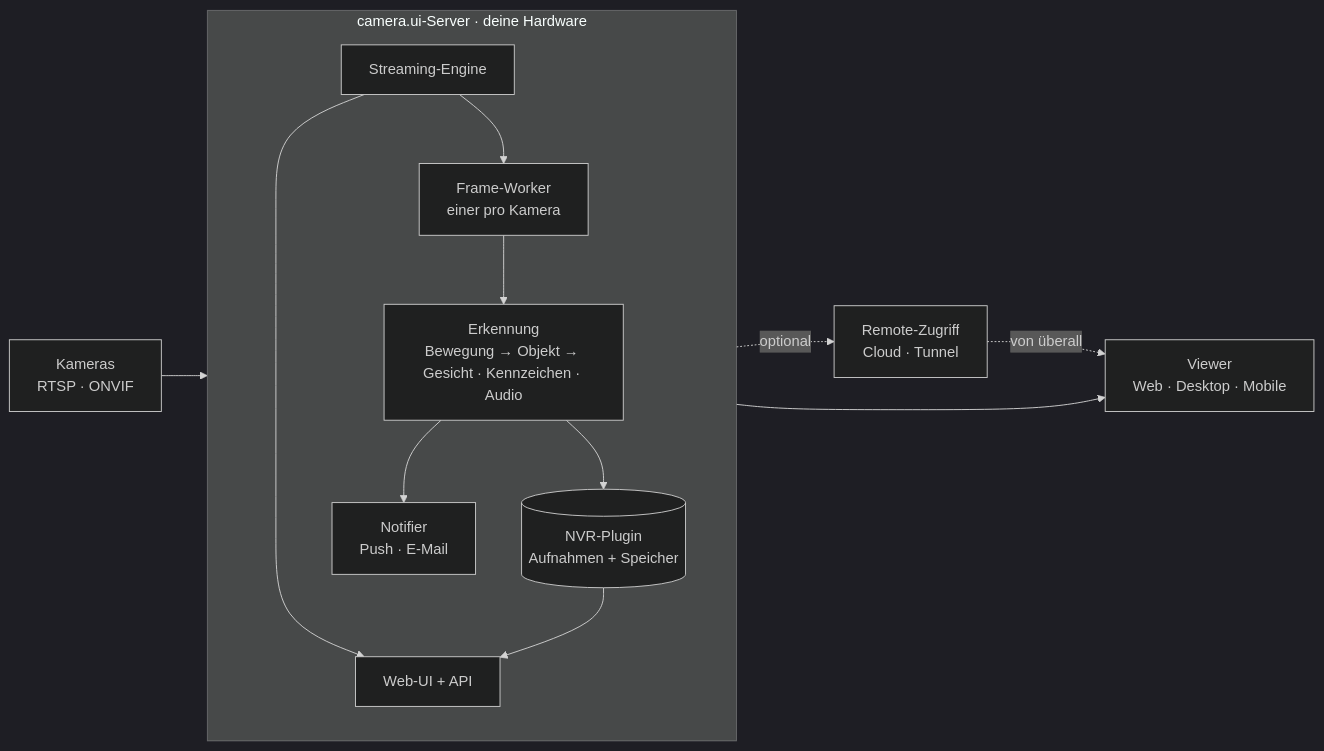
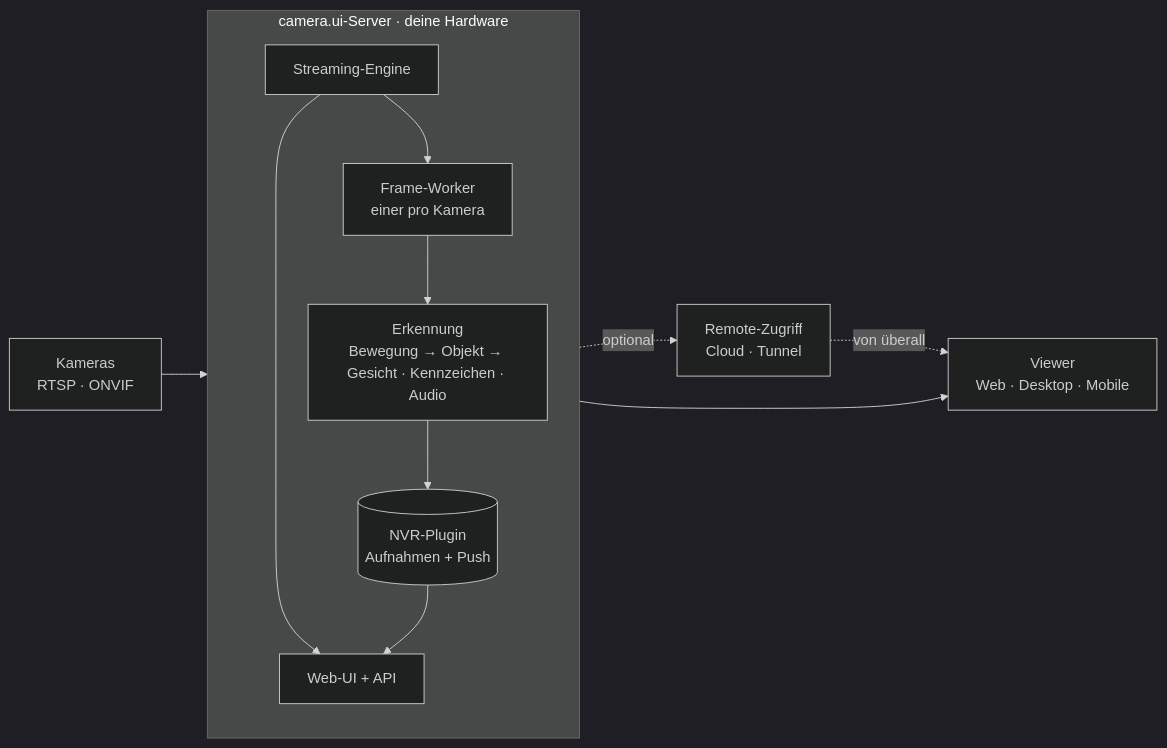
The diagram in de/intro/architecture.md (cameraui/docs), drawn with Mermaid (dark theme) before and after one commit. The commit also changed other lines of this file and 108 other files, not shown here.

````diff
--- a/de/intro/architecture.md
+++ b/de/intro/architecture.md
@@ -15,19 +15,18 @@
 ```mermaid
 flowchart LR
   cam[Kameras<br/>RTSP · ONVIF]
 
   subgraph server[camera.ui-Server · deine Hardware]
     direction TB
     g[Streaming-Engine] --> fw[Frame-Worker<br/>einer pro Kamera]
     fw --> det[Erkennung<br/>Bewegung → Objekt → Gesicht · Kennzeichen · Audio]
-    det --> nvr[(NVR-Plugin<br/>Aufnahmen + Speicher)]
-    det --> notif[Notifier<br/>Push · E-Mail]
+    det --> nvr[(NVR-Plugin<br/>Aufnahmen + Push)]
     g --> api[Web-UI + API]
     nvr --> api
   end
 
   cam --> g
   api --> viewers[Viewer<br/>Web · Desktop · Mobile]
   api -. optional .-> remote[Remote-Zugriff<br/>Cloud · Tunnel]
   remote -. von überall .-> viewers
 ```
````
